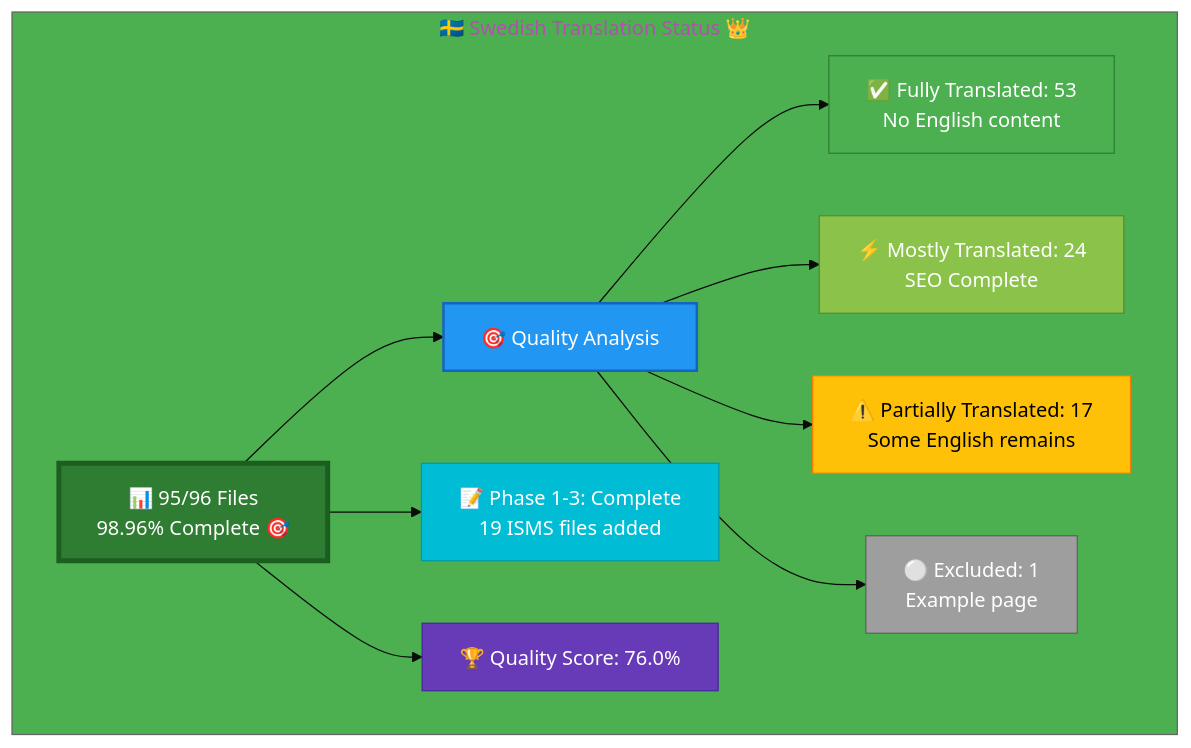
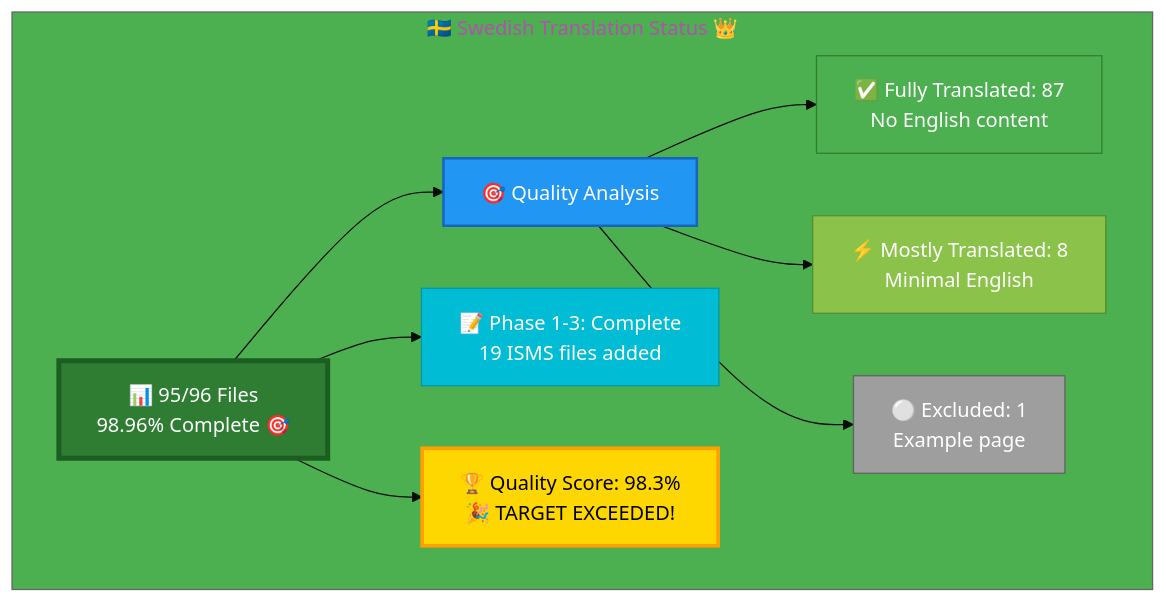
One commit to Hack23/homepage changed the diagram in Swedish-Translation-Status.md. Above: the diagram before and after it, drawn with Mermaid. The commit also changed other lines of this file and 1 other file, not shown here.

Commit message:
Update quality metrics after merge: 98.3% quality score achieved (target exceeded!)

````diff
--- a/Swedish-Translation-Status.md
+++ b/Swedish-Translation-Status.md
@@ -13,26 +13,24 @@
 ```mermaid
 %%{init: {'theme':'base', 'themeVariables': {'primaryColor':'#2E7D32','secondaryColor':'#2196F3','tertiaryColor':'#4CAF50','fontSize':'16px'}}}%%
 graph TB
     subgraph "🇸🇪 Swedish Translation Status 👑"
         A["📊 95/96 Files<br/>98.96% Complete 🎯"]
         
         A --> B["🎯 Quality Analysis"]
-        B --> C["✅ Fully Translated: 53<br/>No English content"]
-        B --> D["⚡ Mostly Translated: 24<br/>SEO Complete"]
-        B --> E["⚠️  Partially Translated: 17<br/>Some English remains"]
-        B --> F["⚪ Excluded: 1<br/>Example page"]
+        B --> C["✅ Fully Translated: 87<br/>No English content"]
+        B --> D["⚡ Mostly Translated: 8<br/>Minimal English"]
+        B --> E["⚪ Excluded: 1<br/>Example page"]
         
         A --> G["📝 Phase 1-3: Complete<br/>19 ISMS files added"]
         
-        A --> H["🏆 Quality Score: 76.0%"]
+        A --> H["🏆 Quality Score: 98.3%<br/>🎉 TARGET EXCEEDED!"]
         
         style A fill:#2E7D32,stroke:#1B5E20,color:#fff,stroke-width:4px
         style B fill:#2196F3,stroke:#1565C0,color:#fff,stroke-width:2px
         style C fill:#4CAF50,stroke:#2E7D32,color:#fff
         style D fill:#8BC34A,stroke:#558B2F,color:#fff
-        style E fill:#FFC107,stroke:#F57C00,color:#000
-        style F fill:#9E9E9E,stroke:#616161,color:#fff
+        style E fill:#9E9E9E,stroke:#616161,color:#fff
         style G fill:#00BCD4,stroke:#0097A7,color:#fff
-        style H fill:#673AB7,stroke:#4527A0,color:#fff
+        style H fill:#FFD700,stroke:#FFA000,color:#000,stroke-width:3px
     end
 ```
````
